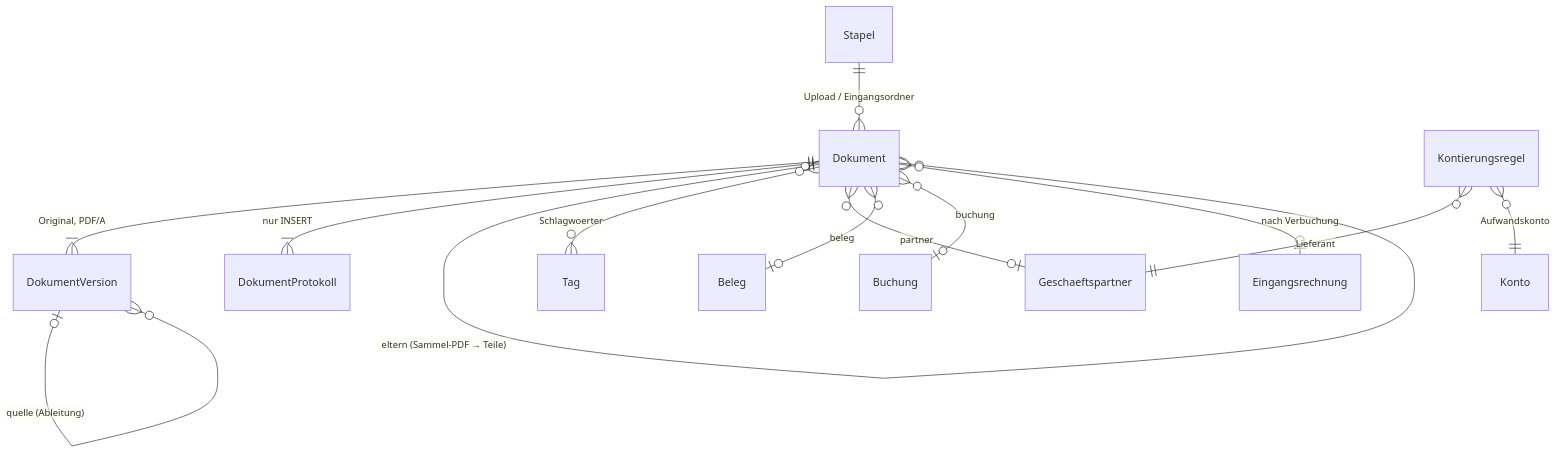
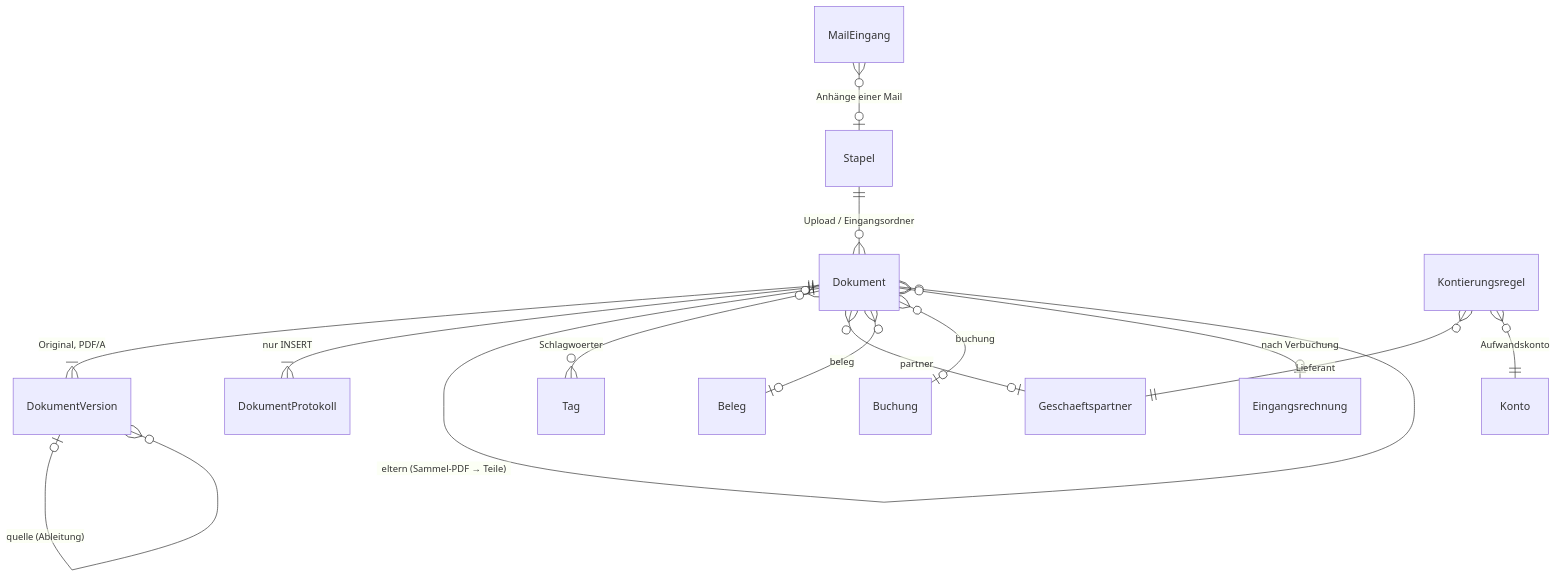
Before and after one commit to datacrew/PYRON_ERP: the eighth of 8 diagrams in docs/DATENMODELL.md, drawn with Mermaid. The commit also changed other lines of this file and 21 other files, not shown here.

````diff
--- a/docs/DATENMODELL.md
+++ b/docs/DATENMODELL.md
@@ -647,15 +647,16 @@
 ```mermaid
 erDiagram
     Stapel ||--o{ Dokument : "Upload / Eingangsordner"
     Dokument ||--|{ DokumentVersion : "Original, PDF/A"
     DokumentVersion |o--o{ DokumentVersion : "quelle (Ableitung)"
     Dokument ||--|{ DokumentProtokoll : "nur INSERT"
     Dokument |o--o{ Dokument : "eltern (Sammel-PDF → Teile)"
     Dokument }o--o{ Tag : Schlagwoerter
     Dokument }o--o| Geschaeftspartner : partner
     Dokument }o--o| Beleg : beleg
     Dokument }o--o| Buchung : buchung
     Dokument }o--o| Eingangsrechnung : "nach Verbuchung"
     Kontierungsregel }o--|| Geschaeftspartner : Lieferant
     Kontierungsregel }o--|| Konto : Aufwandskonto
+    MailEingang }o--o| Stapel : "Anhänge einer Mail"
 ```
````
